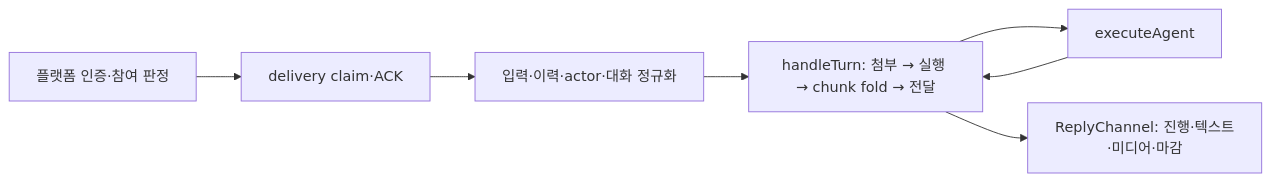
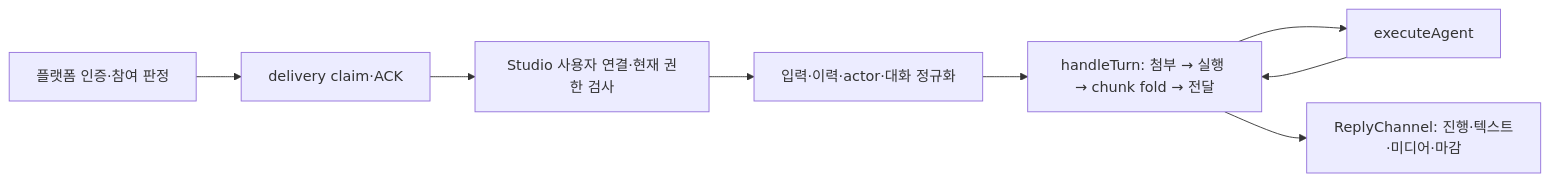
The diagram in docs/design/messaging.md (opspresso/agent-studio), drawn with Mermaid before and after one commit. The commit also changed other lines of this file and 43 other files, not shown here.

````diff
--- a/docs/design/messaging.md
+++ b/docs/design/messaging.md
@@ -10,9 +27,10 @@
 ```mermaid
 flowchart LR
   gate["플랫폼 인증·참여 판정"] --> claim["delivery claim·ACK"]
-  claim --> adapter["입력·이력·actor·대화 정규화"]
+  claim --> identity["Studio 사용자 연결·현재 권한 검사"]
+  identity --> adapter["입력·이력·actor·대화 정규화"]
   adapter --> turn["handleTurn: 첨부 → 실행 → chunk fold → 전달"]
   turn --> facade["executeAgent"]
   facade --> turn
   turn --> reply["ReplyChannel: 진행·텍스트·미디어·마감"]
 ```
````
